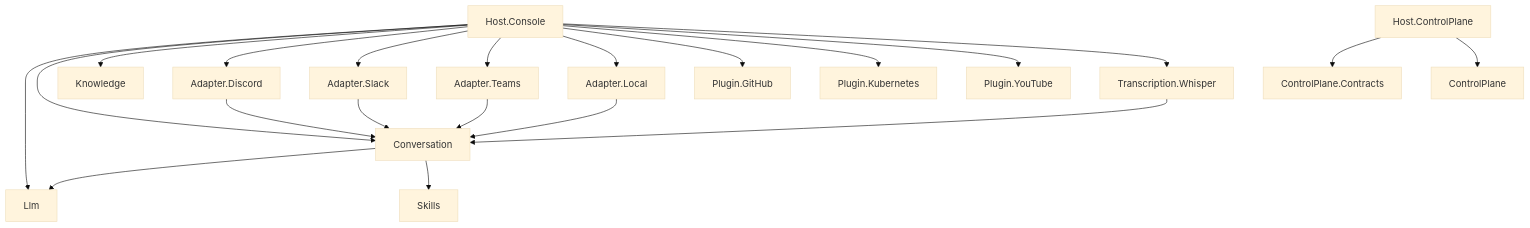
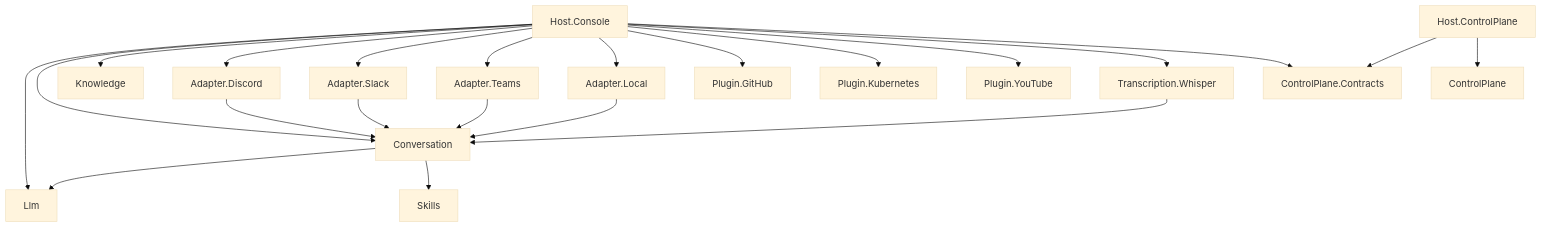
Before and after one commit to vitorafgomes/scout: the diagram in vault/pages/architecture/project-map.md, drawn with Mermaid (base theme). The commit also changed other lines of this file and 129 other files, not shown here.

````diff
--- a/vault/pages/architecture/project-map.md
+++ b/vault/pages/architecture/project-map.md
@@ -41,23 +41,24 @@
 ```mermaid
 flowchart TD
     HC[Host.Console] --> Llm
     HC --> Conversation
     HC --> Knowledge
     HC --> Discord[Adapter.Discord]
     HC --> Slack[Adapter.Slack]
     HC --> Teams[Adapter.Teams]
     HC --> Local[Adapter.Local]
     HC --> GH[Plugin.GitHub]
     HC --> K8S[Plugin.Kubernetes]
     HC --> YT[Plugin.YouTube]
     HC --> Whisper[Transcription.Whisper]
+    HC --> Contracts[ControlPlane.Contracts]
     Whisper --> Conversation
     Conversation --> Llm
     Conversation --> Skills
     Discord --> Conversation
     Slack --> Conversation
     Teams --> Conversation
     Local --> Conversation
     HCP[Host.ControlPlane] --> Contracts[ControlPlane.Contracts]
     HCP --> CP[ControlPlane]
 ```
````
